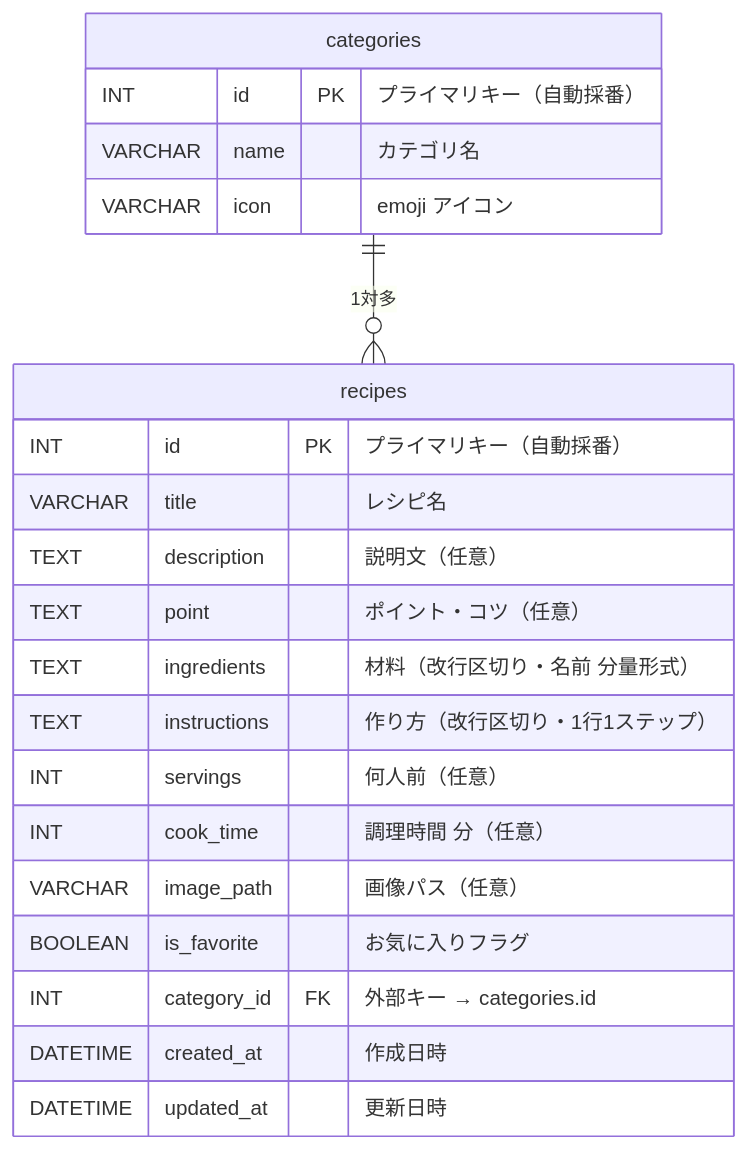
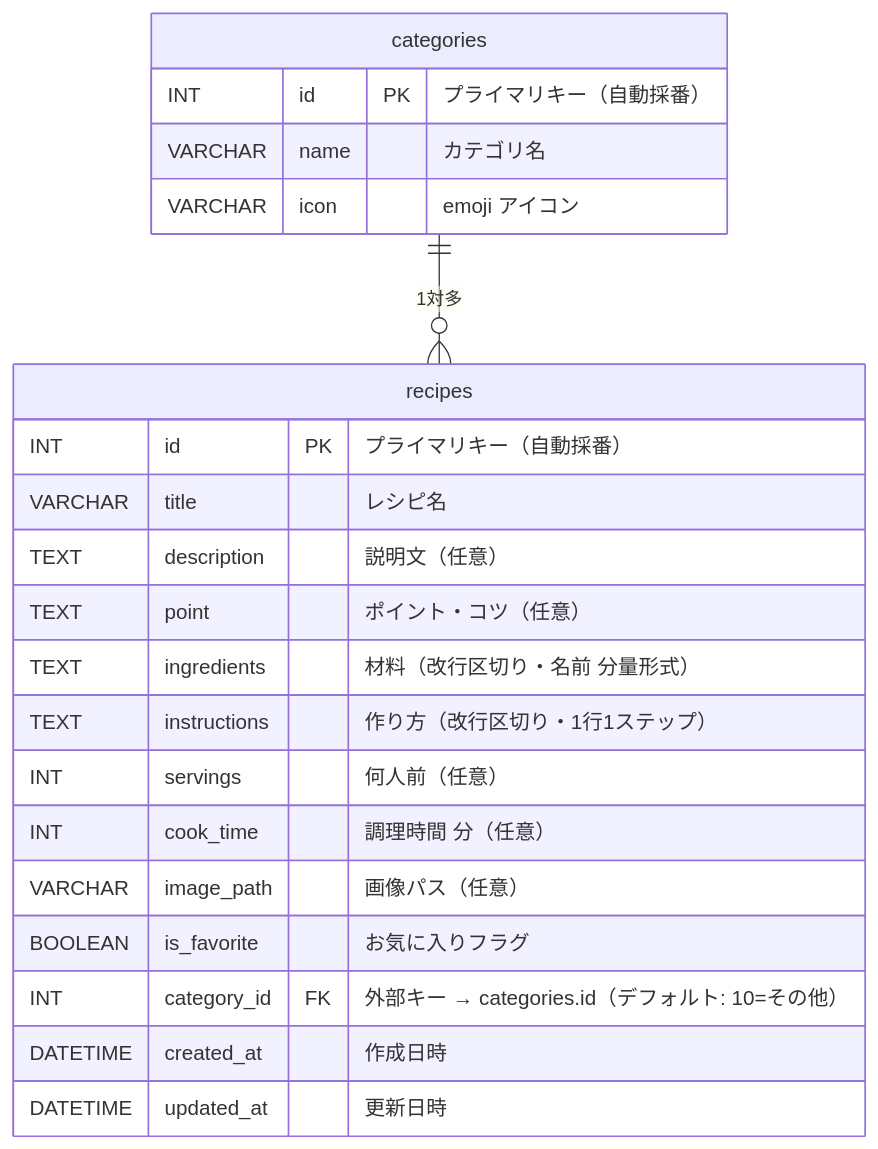
Before and after one commit to saki-nakata/RecipeManagement: the first of 2 diagrams in docs/DB設計書.md, drawn with Mermaid. The commit also changed other lines of this file and 4 other files, not shown here.

First line of the commit message:
chore: .gitignore 修正・カテゴリ NOT NULL 化（デフォルト: その他）

````diff
--- a/docs/DB設計書.md
+++ b/docs/DB設計書.md
@@ -21,26 +21,26 @@
 ```mermaid
 erDiagram
     categories {
         INT id PK "プライマリキー（自動採番）"
         VARCHAR name "カテゴリ名"
         VARCHAR icon "emoji アイコン"
     }
 
     recipes {
         INT id PK "プライマリキー（自動採番）"
         VARCHAR title "レシピ名"
         TEXT description "説明文（任意）"
         TEXT point "ポイント・コツ（任意）"
         TEXT ingredients "材料（改行区切り・名前 分量形式）"
         TEXT instructions "作り方（改行区切り・1行1ステップ）"
         INT servings "何人前（任意）"
         INT cook_time "調理時間 分（任意）"
         VARCHAR image_path "画像パス（任意）"
         BOOLEAN is_favorite "お気に入りフラグ"
-        INT category_id FK "外部キー → categories.id"
+        INT category_id FK "外部キー → categories.id（デフォルト: 10=その他）"
         DATETIME created_at "作成日時"
         DATETIME updated_at "更新日時"
     }
 
     categories ||--o{ recipes : "1対多"
 ```
````
